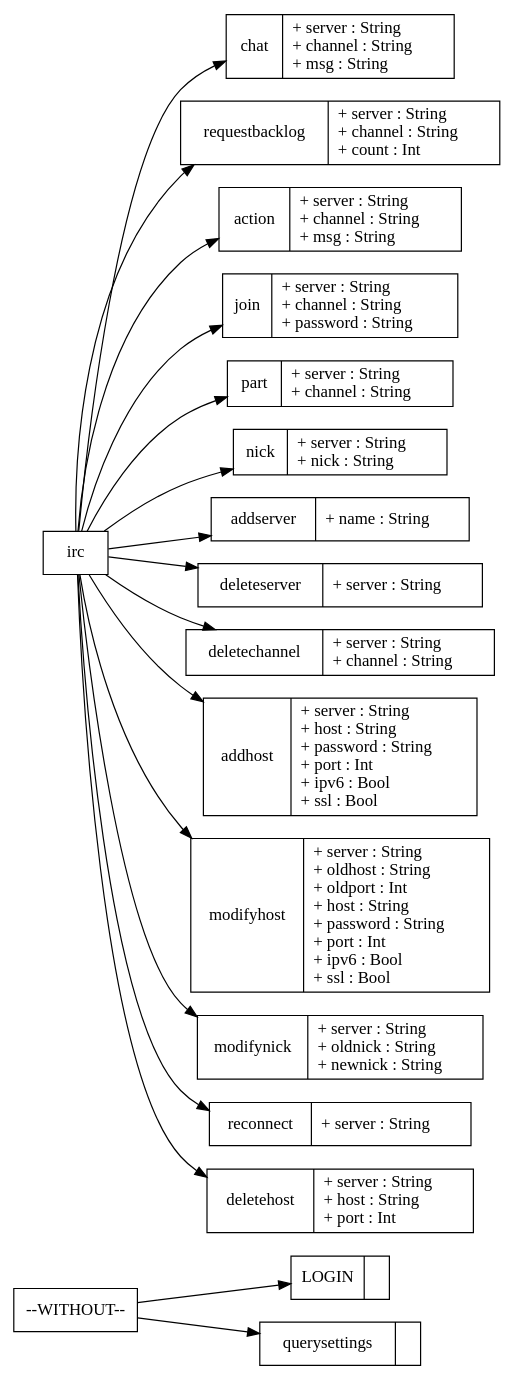
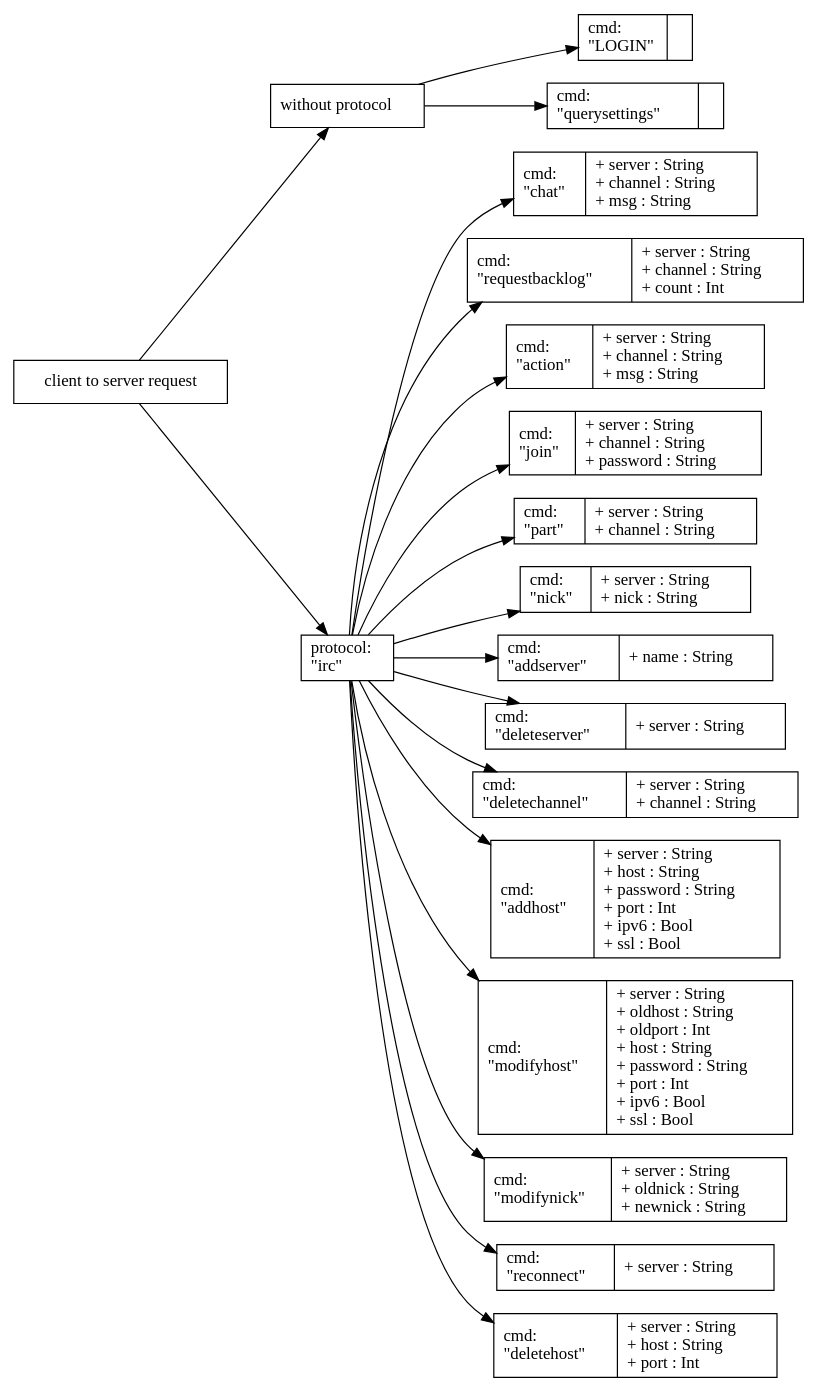
One commit to 0x17de/Harpoon changed the diagram in docs/input/websocketprotocol.dot. Above: the diagram before and after it, drawn with Graphviz. The commit also changed 1 other file, not shown here.

Commit message:
websocket API graph changes

```diff
--- a/docs/input/websocketprotocol.dot
+++ b/docs/input/websocketprotocol.dot
@@ -1,44 +1,49 @@
 digraph Initialization {
 rankdir=LR;
 fontname="Bitstream Vera Sans";
 node [
 fontname="Bitstream Vera Sans";
 shape="record";
 ]
 edge [
 fontname="Bitstream Vera Sans";
 ]
-command_0 [ label="{LOGIN|}" ];
-"--WITHOUT--" -> command_0;
-command_1 [ label="{querysettings|}" ];
-"--WITHOUT--" -> command_1;
-command_2 [ label="{chat|+ server : String\l+ channel : String\l+ msg : String\l}" ];
-"irc" -> command_2;
-command_3 [ label="{requestbacklog|+ server : String\l+ channel : String\l+ count : Int\l}" ];
-"irc" -> command_3;
-command_4 [ label="{action|+ server : String\l+ channel : String\l+ msg : String\l}" ];
-"irc" -> command_4;
-command_5 [ label="{join|+ server : String\l+ channel : String\l+ password : String\l}" ];
-"irc" -> command_5;
-command_6 [ label="{part|+ server : String\l+ channel : String\l}" ];
-"irc" -> command_6;
-command_7 [ label="{nick|+ server : String\l+ nick : String\l}" ];
-"irc" -> command_7;
-command_8 [ label="{addserver|+ name : String\l}" ];
-"irc" -> command_8;
-command_9 [ label="{deleteserver|+ server : String\l}" ];
-"irc" -> command_9;
-command_10 [ label="{deletechannel|+ server : String\l+ channel : String\l}" ];
-"irc" -> command_10;
-command_11 [ label="{addhost|+ server : String\l+ host : String\l+ password : String\l+ port : Int\l+ ipv6 : Bool\l+ ssl : Bool\l}" ];
-"irc" -> command_11;
-command_12 [ label="{modifyhost|+ server : String\l+ oldhost : String\l+ oldport : Int\l+ host : String\l+ password : String\l+ port : Int\l+ ipv6 : Bool\l+ ssl : Bool\l}" ];
-"irc" -> command_12;
-command_13 [ label="{modifynick|+ server : String\l+ oldnick : String\l+ newnick : String\l}" ];
-"irc" -> command_13;
-command_14 [ label="{reconnect|+ server : String\l}" ];
-"irc" -> command_14;
-command_15 [ label="{deletehost|+ server : String\l+ host : String\l+ port : Int\l}" ];
-"irc" -> command_15;
+root [label="client to server request"];
+protocol_0 [label="without protocol\l"];
+root -> protocol_0;
+command_0 [ label="{cmd:\l\"LOGIN\"\l|}" ];
+protocol_0 -> command_0;
+command_1 [ label="{cmd:\l\"querysettings\"\l|}" ];
+protocol_0 -> command_1;
+protocol_1 [label="protocol:\l\"irc\"\l"];
+root -> protocol_1;
+command_2 [ label="{cmd:\l\"chat\"\l|+ server : String\l+ channel : String\l+ msg : String\l}" ];
+protocol_1 -> command_2;
+command_3 [ label="{cmd:\l\"requestbacklog\"\l|+ server : String\l+ channel : String\l+ count : Int\l}" ];
+protocol_1 -> command_3;
+command_4 [ label="{cmd:\l\"action\"\l|+ server : String\l+ channel : String\l+ msg : String\l}" ];
+protocol_1 -> command_4;
+command_5 [ label="{cmd:\l\"join\"\l|+ server : String\l+ channel : String\l+ password : String\l}" ];
+protocol_1 -> command_5;
+command_6 [ label="{cmd:\l\"part\"\l|+ server : String\l+ channel : String\l}" ];
+protocol_1 -> command_6;
+command_7 [ label="{cmd:\l\"nick\"\l|+ server : String\l+ nick : String\l}" ];
+protocol_1 -> command_7;
+command_8 [ label="{cmd:\l\"addserver\"\l|+ name : String\l}" ];
+protocol_1 -> command_8;
+command_9 [ label="{cmd:\l\"deleteserver\"\l|+ server : String\l}" ];
+protocol_1 -> command_9;
+command_10 [ label="{cmd:\l\"deletechannel\"\l|+ server : String\l+ channel : String\l}" ];
+protocol_1 -> command_10;
+command_11 [ label="{cmd:\l\"addhost\"\l|+ server : String\l+ host : String\l+ password : String\l+ port : Int\l+ ipv6 : Bool\l+ ssl : Bool\l}" ];
+protocol_1 -> command_11;
+command_12 [ label="{cmd:\l\"modifyhost\"\l|+ server : String\l+ oldhost : String\l+ oldport : Int\l+ host : String\l+ password : String\l+ port : Int\l+ ipv6 : Bool\l+ ssl : Bool\l}" ];
+protocol_1 -> command_12;
+command_13 [ label="{cmd:\l\"modifynick\"\l|+ server : String\l+ oldnick : String\l+ newnick : String\l}" ];
+protocol_1 -> command_13;
+command_14 [ label="{cmd:\l\"reconnect\"\l|+ server : String\l}" ];
+protocol_1 -> command_14;
+command_15 [ label="{cmd:\l\"deletehost\"\l|+ server : String\l+ host : String\l+ port : Int\l}" ];
+protocol_1 -> command_15;
 
 }
```
